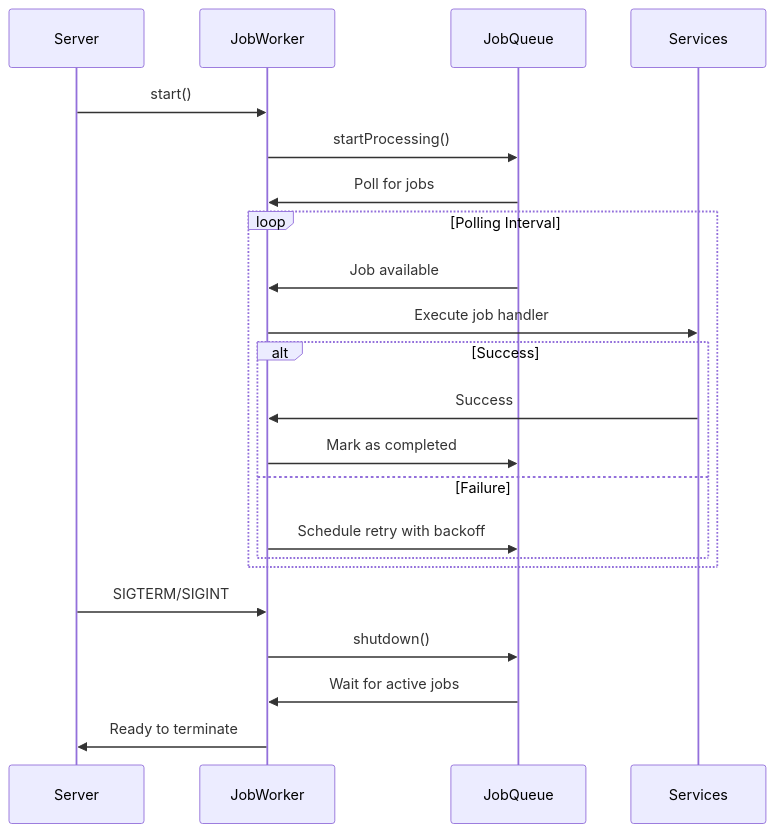
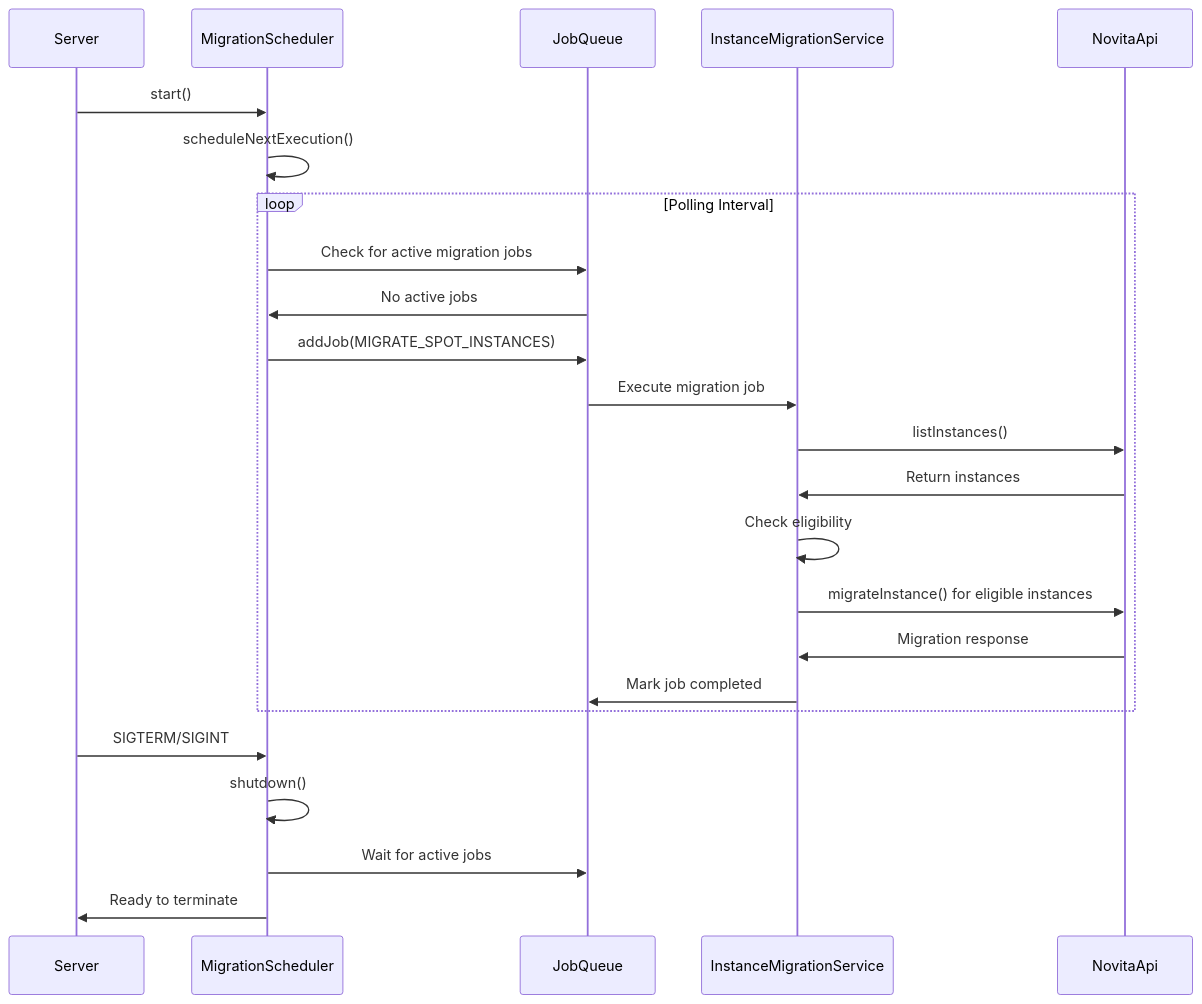
One commit to sontl/novita-ai-api changed the eighth of 9 diagrams in .qoder/repowiki/en/content/Service Architecture/Service Architecture.md. Above: the diagram before and after it, drawn with Mermaid. The commit also changed other lines of this file and 76 other files, not shown here.

````diff
--- a/.qoder/repowiki/en/content/Service Architecture/Service Architecture.md
+++ b/.qoder/repowiki/en/content/Service Architecture/Service Architecture.md
@@ -406,24 +452,26 @@
 ```mermaid
 sequenceDiagram
 participant Server
-participant JobWorker
+participant MigrationScheduler
 participant JobQueue
-participant Services
-Server->>JobWorker : start()
-JobWorker->>JobQueue : startProcessing()
-JobQueue->>JobWorker : Poll for jobs
+participant InstanceMigrationService
+participant NovitaApi
+Server->>MigrationScheduler : start()
+MigrationScheduler->>MigrationScheduler : scheduleNextExecution()
 loop Polling Interval
-JobQueue->>JobWorker : Job available
-JobWorker->>Services : Execute job handler
-alt Success
-Services->>JobWorker : Success
-JobWorker->>JobQueue : Mark as completed
-else Failure
-JobWorker->>JobQueue : Schedule retry with backoff
+MigrationScheduler->>JobQueue : Check for active migration jobs
+JobQueue->>MigrationScheduler : No active jobs
+MigrationScheduler->>JobQueue : addJob(MIGRATE_SPOT_INSTANCES)
+JobQueue->>InstanceMigrationService : Execute migration job
+InstanceMigrationService->>NovitaApi : listInstances()
+NovitaApi->>InstanceMigrationService : Return instances
+InstanceMigrationService->>InstanceMigrationService : Check eligibility
+InstanceMigrationService->>NovitaApi : migrateInstance() for eligible instances
+NovitaApi->>InstanceMigrationService : Migration response
+InstanceMigrationService->>JobQueue : Mark job completed
 end
-end
-Server->>JobWorker : SIGTERM/SIGINT
-JobWorker->>JobQueue : shutdown()
-JobQueue->>JobWorker : Wait for active jobs
-JobWorker->>Server : Ready to terminate
+Server->>MigrationScheduler : SIGTERM/SIGINT
+MigrationScheduler->>MigrationScheduler : shutdown()
+MigrationScheduler->>JobQueue : Wait for active jobs
+MigrationScheduler->>Server : Ready to terminate
 ```
````
